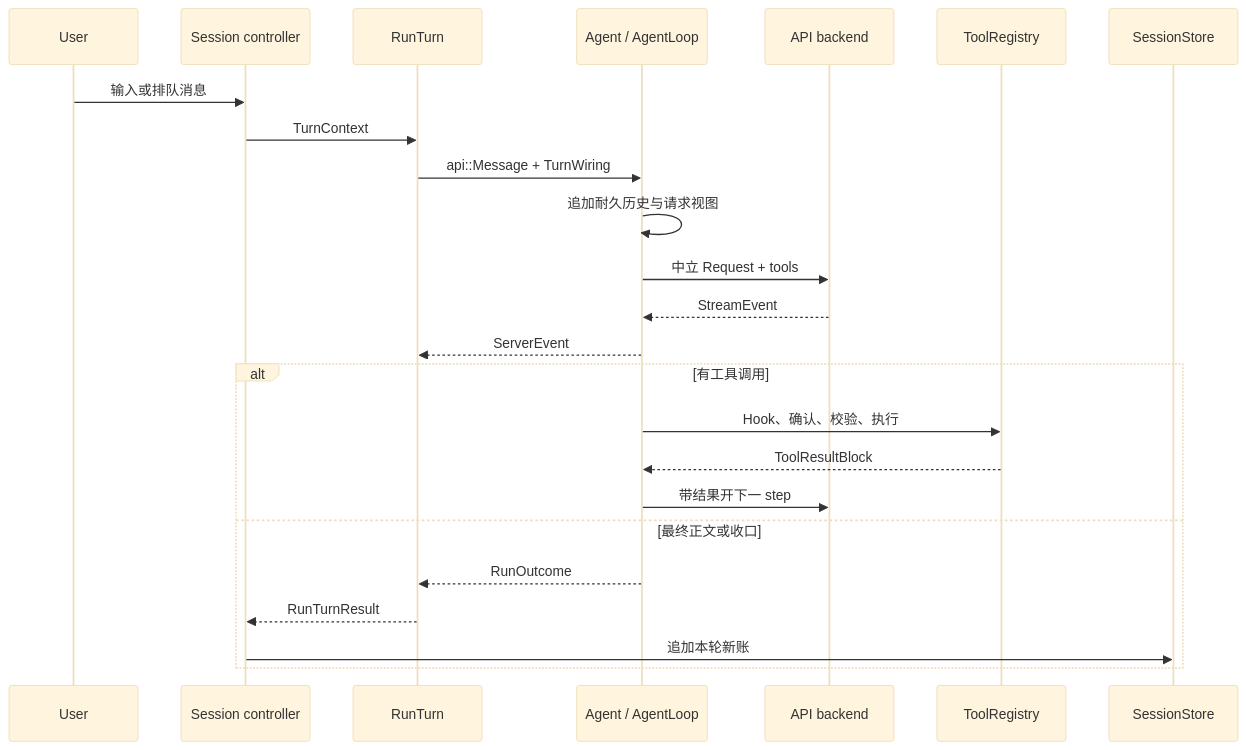
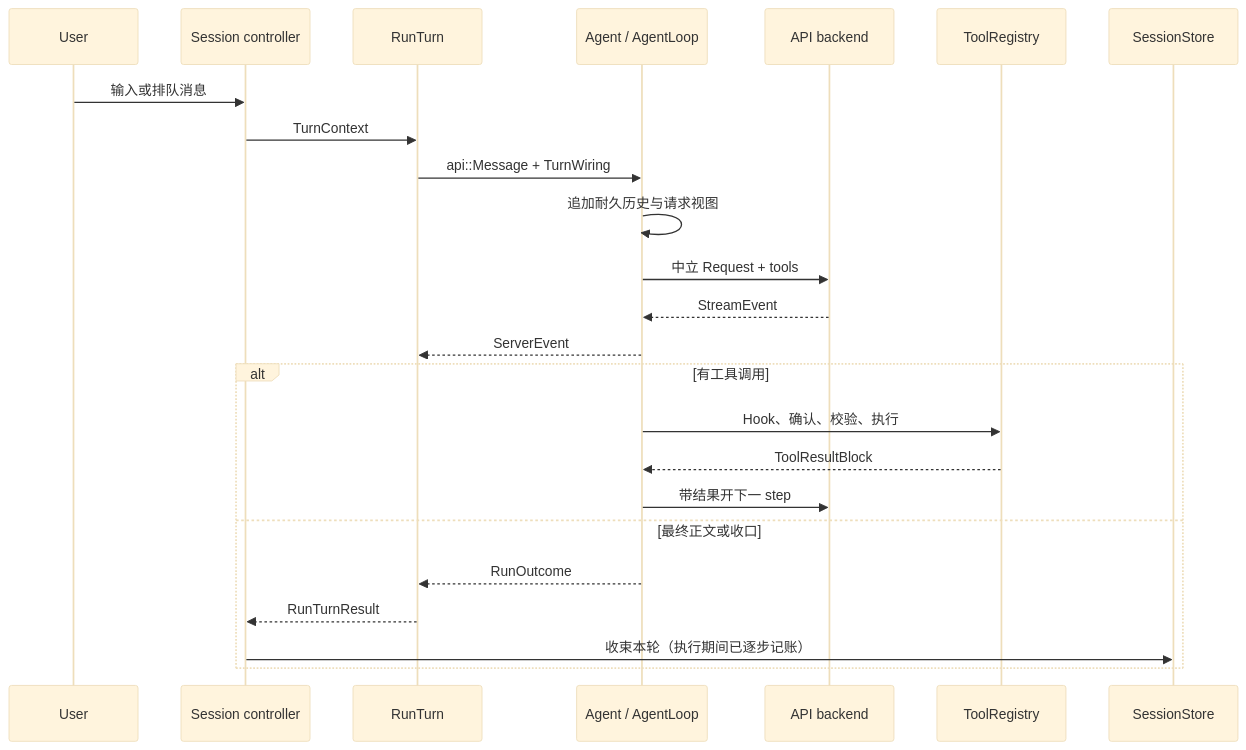
Before and after one commit to relic-yuexi/LubanCode: the second of 2 diagrams in docs/architecture/README.md, drawn with Mermaid (base theme). The commit also changed other lines of this file and 27 other files, not shown here.

````diff
--- a/docs/architecture/README.md
+++ b/docs/architecture/README.md
@@ -117,29 +120,29 @@
 ```mermaid
 sequenceDiagram
     accTitle: 交互回合生命周期
     accDescr: 一轮输入经会话控制器、RunTurn 与 Agent 推进，期间可多次请求模型和执行工具，收束后写入会话记录。
     participant U as User
     participant C as Session controller
     participant R as RunTurn
     participant A as Agent / AgentLoop
     participant B as API backend
     participant T as ToolRegistry
     participant S as SessionStore
 
     U->>C: 输入或排队消息
     C->>R: TurnContext
     R->>A: api::Message + TurnWiring
     A->>A: 追加耐久历史与请求视图
     A->>B: 中立 Request + tools
     B-->>A: StreamEvent
     A-->>R: ServerEvent
     alt 有工具调用
         A->>T: Hook、确认、校验、执行
         T-->>A: ToolResultBlock
         A->>B: 带结果开下一 step
     else 最终正文或收口
         A-->>R: RunOutcome
         R-->>C: RunTurnResult
-        C->>S: 追加本轮新账
+        C->>S: 收束本轮（执行期间已逐步记账）
     end
 ```
````
